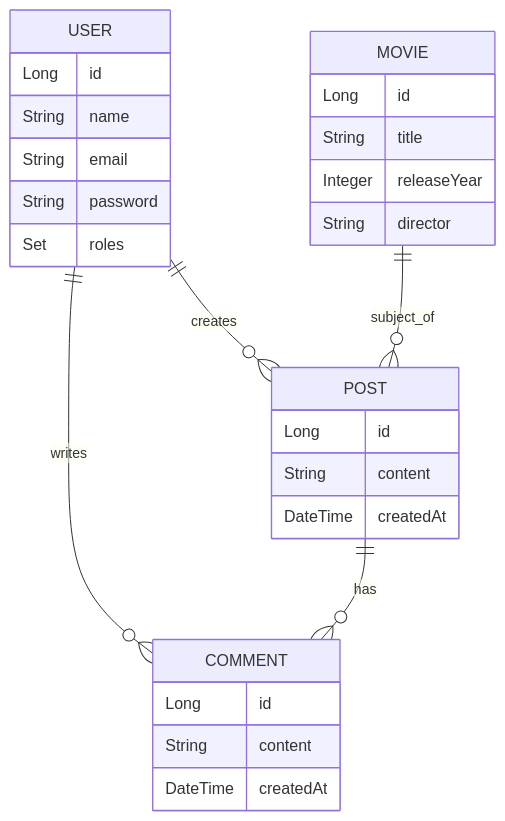
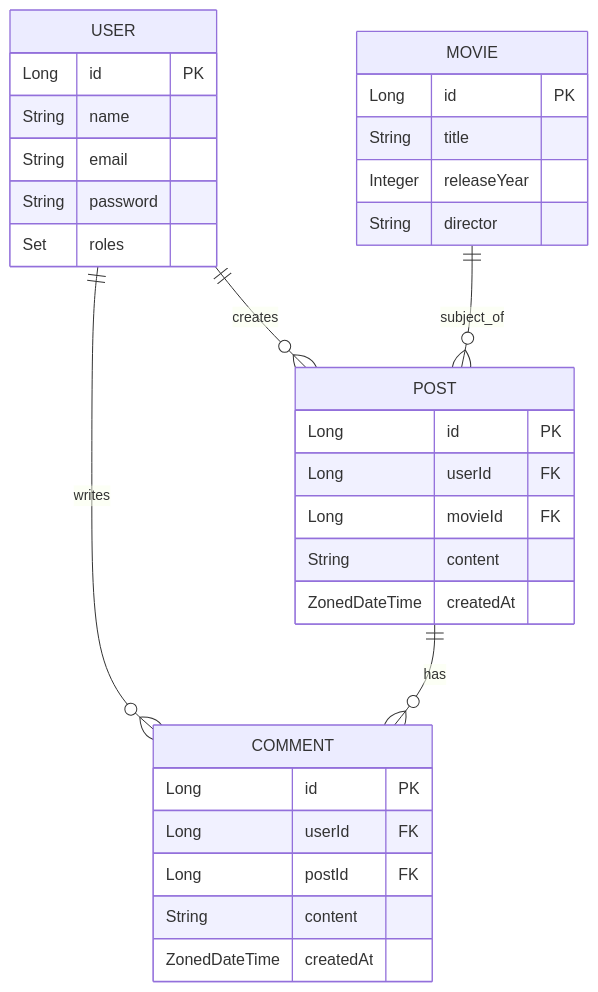
One commit to mateoismael/fammz changed the diagram in README.md. Above: the diagram before and after it, drawn with Mermaid. The commit also changed other lines of this file, not shown here.

````diff
--- a/README.md
+++ b/README.md
@@ -120,34 +87,38 @@
 ```mermaid
 erDiagram
     USER ||--o{ POST : creates
     USER ||--o{ COMMENT : writes
     MOVIE ||--o{ POST : subject_of
     POST ||--o{ COMMENT : has
 
     USER {
-        Long id
+        Long id PK
         String name
         String email
         String password
         Set roles
     }
 
     MOVIE {
-        Long id
+        Long id PK
         String title
         Integer releaseYear
         String director
     }
 
     POST {
-        Long id
+        Long id PK
+        Long userId FK
+        Long movieId FK
         String content
-        DateTime createdAt
+        ZonedDateTime createdAt
     }
 
     COMMENT {
-        Long id
+        Long id PK
+        Long userId FK
+        Long postId FK
         String content
-        DateTime createdAt
+        ZonedDateTime createdAt
     }
 ```
````
